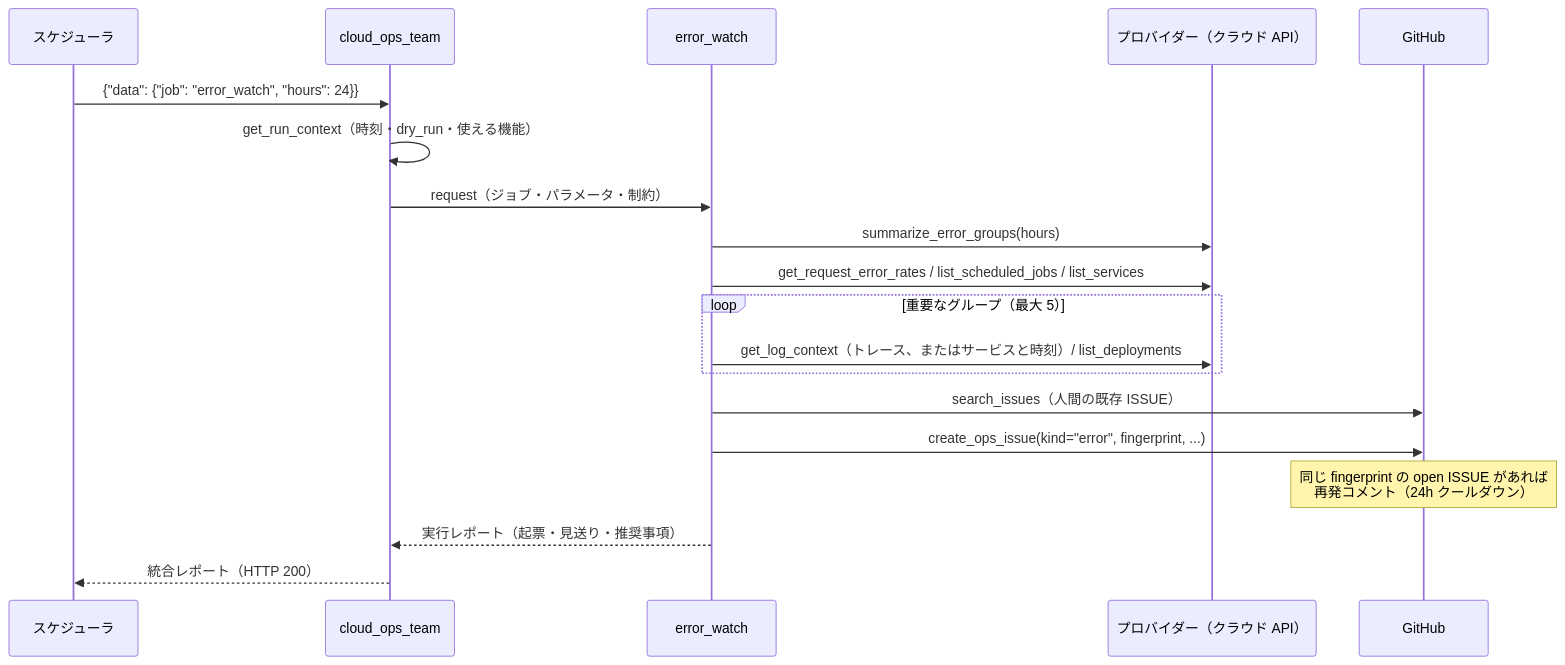
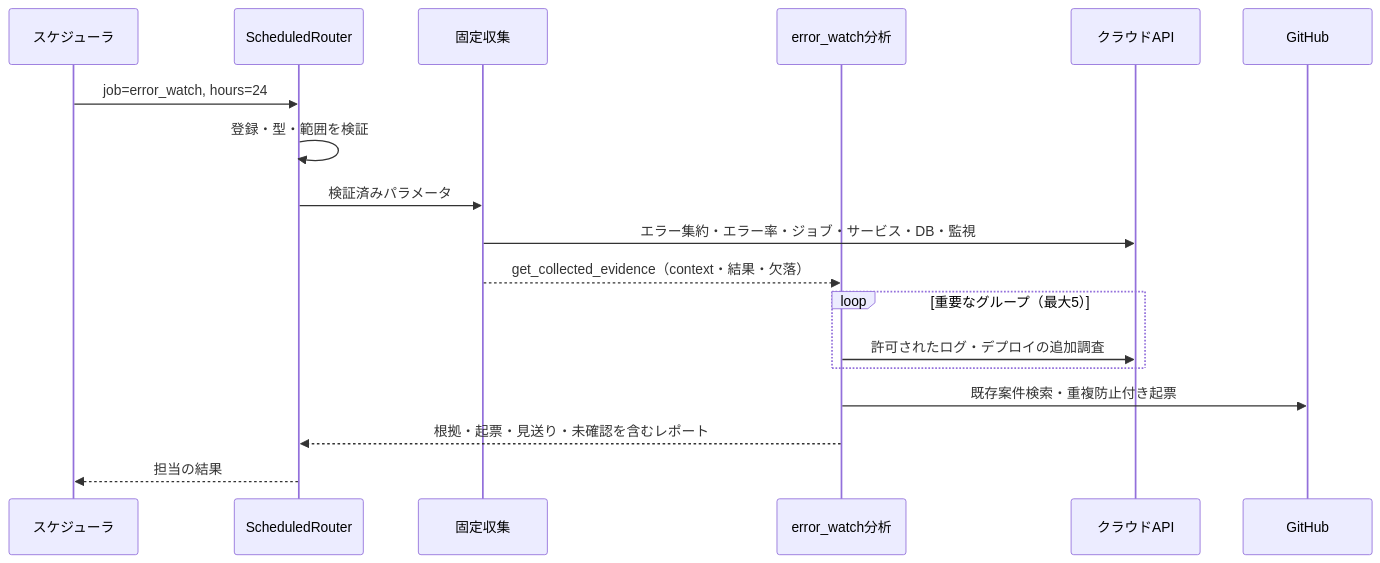
One commit to atsuki-sakai/cloud-ops-team changed the third of 4 diagrams in docs/architecture.md. Above: the diagram before and after it, drawn with Mermaid. The commit also changed other lines of this file and 61 other files, not shown here.

````diff
--- a/docs/architecture.md
+++ b/docs/architecture.md
@@ -231,21 +245,20 @@
 ```mermaid
 sequenceDiagram
     participant S as スケジューラ
-    participant R as cloud_ops_team
-    participant E as error_watch
-    participant C as プロバイダー（クラウド API）
+    participant R as ScheduledRouter
+    participant W as 固定収集
+    participant E as error_watch分析
+    participant C as クラウドAPI
     participant G as GitHub
-    S->>R: {"data": {"job": "error_watch", "hours": 24}}
-    R->>R: get_run_context（時刻・dry_run・使える機能）
-    R->>E: request（ジョブ・パラメータ・制約）
-    E->>C: summarize_error_groups(hours)
-    E->>C: get_request_error_rates / list_scheduled_jobs / list_services
-    loop 重要なグループ（最大 5）
-        E->>C: get_log_context（トレース、またはサービスと時刻）/ list_deployments
+    S->>R: job=error_watch, hours=24
+    R->>R: 登録・型・範囲を検証
+    R->>W: 検証済みパラメータ
+    W->>C: エラー集約・エラー率・ジョブ・サービス・DB・監視
+    W-->>E: get_collected_evidence（context・結果・欠落）
+    loop 重要なグループ（最大5）
+        E->>C: 許可されたログ・デプロイの追加調査
     end
-    E->>G: search_issues（人間の既存 ISSUE）
-    E->>G: create_ops_issue(kind="error", fingerprint, ...)
-    Note over G: 同じ fingerprint の open ISSUE があれば<br/>再発コメント（24h クールダウン）
-    E-->>R: 実行レポート（起票・見送り・推奨事項）
-    R-->>S: 統合レポート（HTTP 200）
+    E->>G: 既存案件検索・重複防止付き起票
+    E-->>R: 根拠・起票・見送り・未確認を含むレポート
+    R-->>S: 担当の結果
 ```
````
